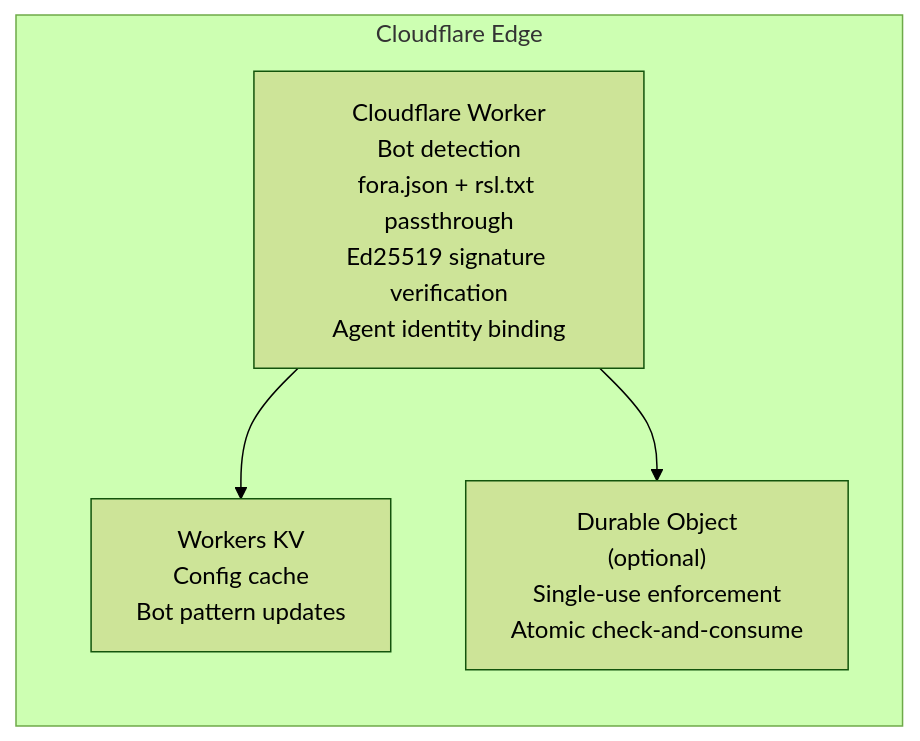
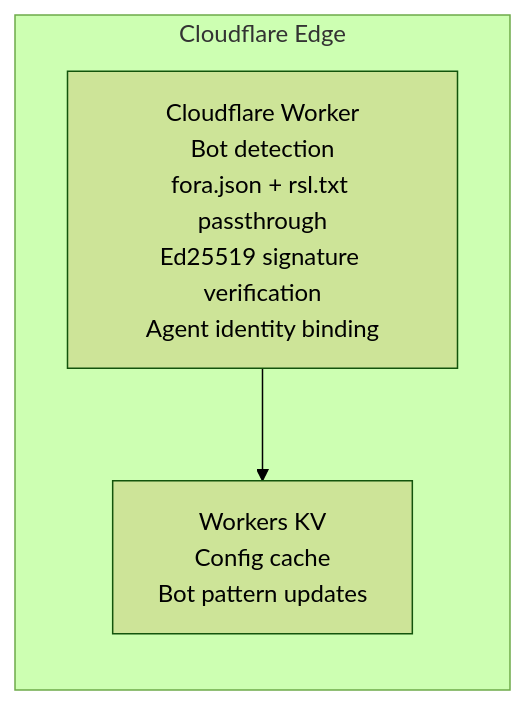
The second of 3 diagrams in website/src/content/docs/components/edge-function/cdn-adapters.mdx (FORA-Protocol/protocol), drawn with Mermaid (forest theme) before and after one commit. The commit also changed other lines of this file and 18 other files, not shown here.

````diff
--- a/website/src/content/docs/components/edge-function/cdn-adapters.mdx
+++ b/website/src/content/docs/components/edge-function/cdn-adapters.mdx
@@ -202,11 +186,9 @@
 ```mermaid
 graph LR
     subgraph "Cloudflare Edge"
         WORKER["Cloudflare Worker<br/>Bot detection<br/>fora.json + rsl.txt passthrough<br/>Ed25519 signature verification<br/>Agent identity binding"]
         KV["Workers KV<br/>Config cache<br/>Bot pattern updates"]
-        DO["Durable Object<br/>(optional)<br/>Single-use enforcement<br/>Atomic check-and-consume"]
     end
 
     WORKER --> KV
-    WORKER --> DO
 ```
````
